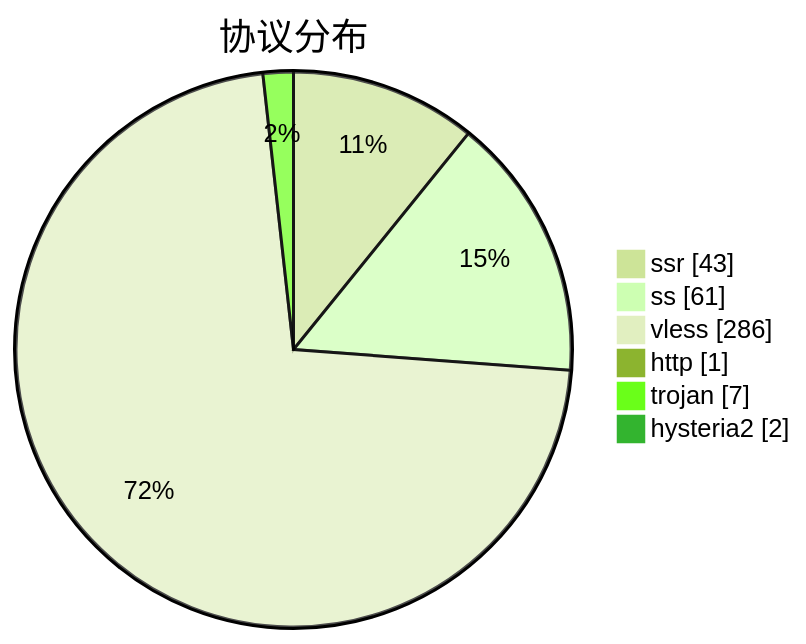
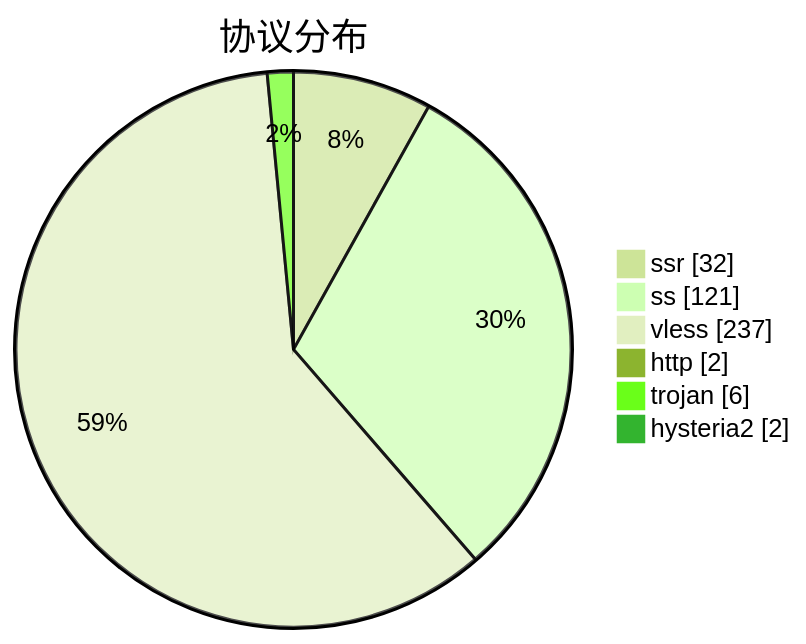
The third of 3 diagrams in subs/statistics/tested_within.md (qjlxg/airport), drawn with Mermaid (forest theme) before and after one commit. The commit also changed other lines of this file and 2 other files, not shown here.

````diff
--- a/subs/statistics/tested_within.md
+++ b/subs/statistics/tested_within.md
@@ -19,10 +19,10 @@
 ```mermaid
 pie showData
 title 协议分布
-"ssr" : 43
-"ss" : 61
-"vless" : 286
-"http" : 1
-"trojan" : 7
+"ssr" : 32
+"ss" : 121
+"vless" : 237
+"http" : 2
+"trojan" : 6
 "hysteria2" : 2
 ```
````
